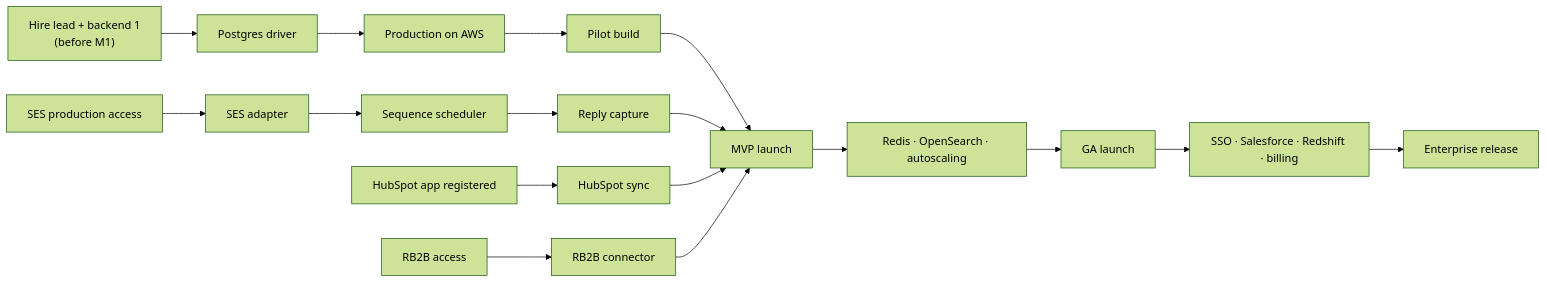
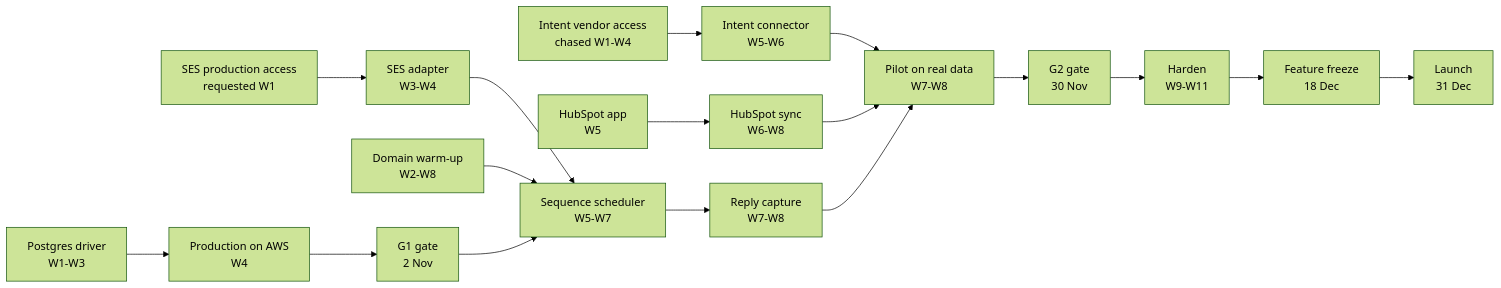
Before and after one commit to adarsh-dev-hs/sell-easy-docs: the second of 2 diagrams in content/docs/roadmap/timeline.mdx, drawn with Mermaid (forest theme). The commit also changed other lines of this file and 35 other files, not shown here.

````diff
--- a/content/docs/roadmap/timeline.mdx
+++ b/content/docs/roadmap/timeline.mdx
@@ -90,19 +109,19 @@
 ```mermaid
 flowchart LR
-  a["Hire lead + backend 1<br/>(before M1)"] --> b["Postgres driver"]
-  b --> c["Production on AWS"]
-  c --> d["Pilot build"]
-  e["SES production access"] --> f["SES adapter"]
-  f --> g["Sequence scheduler"]
-  g --> h["Reply capture"]
-  i["HubSpot app registered"] --> j["HubSpot sync"]
-  k["RB2B access"] --> l["RB2B connector"]
-  d --> m["MVP launch"]
-  h --> m
-  j --> m
-  l --> m
-  m --> n["Redis · OpenSearch · autoscaling"]
-  n --> o["GA launch"]
-  o --> p["SSO · Salesforce · Redshift · billing"]
-  p --> q["Enterprise release"]
+  a["Postgres driver<br/>W1-W3"] --> b["Production on AWS<br/>W4"]
+  b --> c["G1 gate<br/>2 Nov"]
+  s["SES production access<br/>requested W1"] --> d["SES adapter<br/>W3-W4"]
+  d --> e["Sequence scheduler<br/>W5-W7"]
+  w["Domain warm-up<br/>W2-W8"] --> e
+  c --> e
+  v["Intent vendor access<br/>chased W1-W4"] --> f["Intent connector<br/>W5-W6"]
+  h["HubSpot app<br/>W5"] --> g["HubSpot sync<br/>W6-W8"]
+  e --> i["Reply capture<br/>W7-W8"]
+  f --> j["Pilot on real data<br/>W7-W8"]
+  g --> j
+  i --> j
+  j --> k["G2 gate<br/>30 Nov"]
+  k --> l["Harden<br/>W9-W11"]
+  l --> m["Feature freeze<br/>18 Dec"]
+  m --> n["Launch<br/>31 Dec"]
 ```
````
